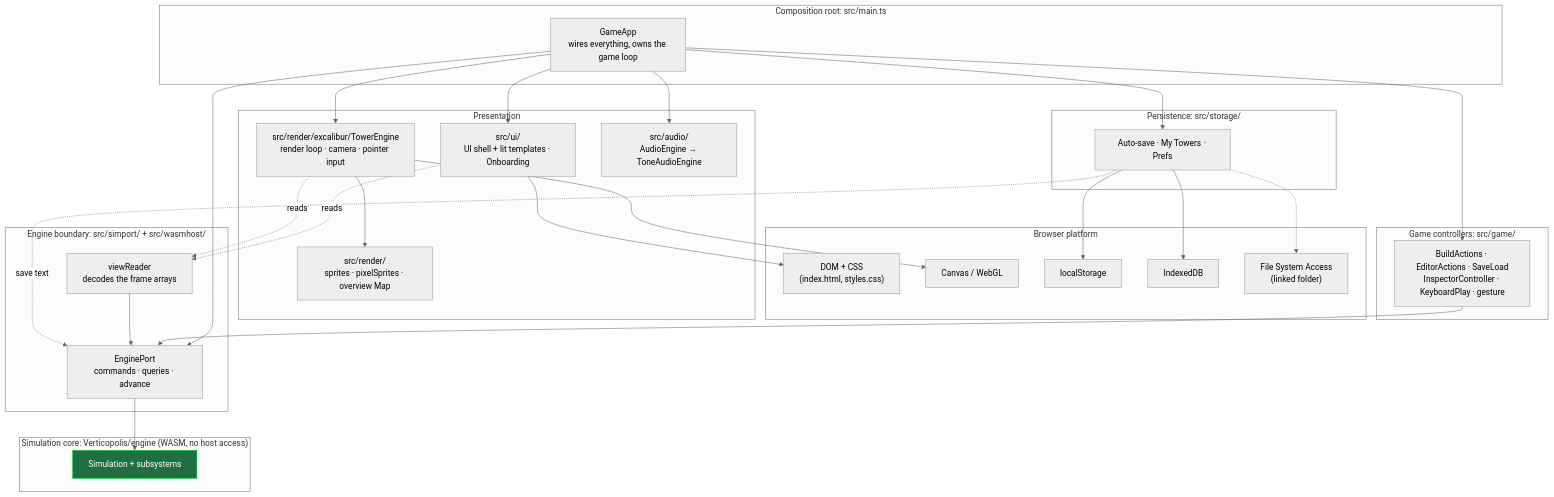
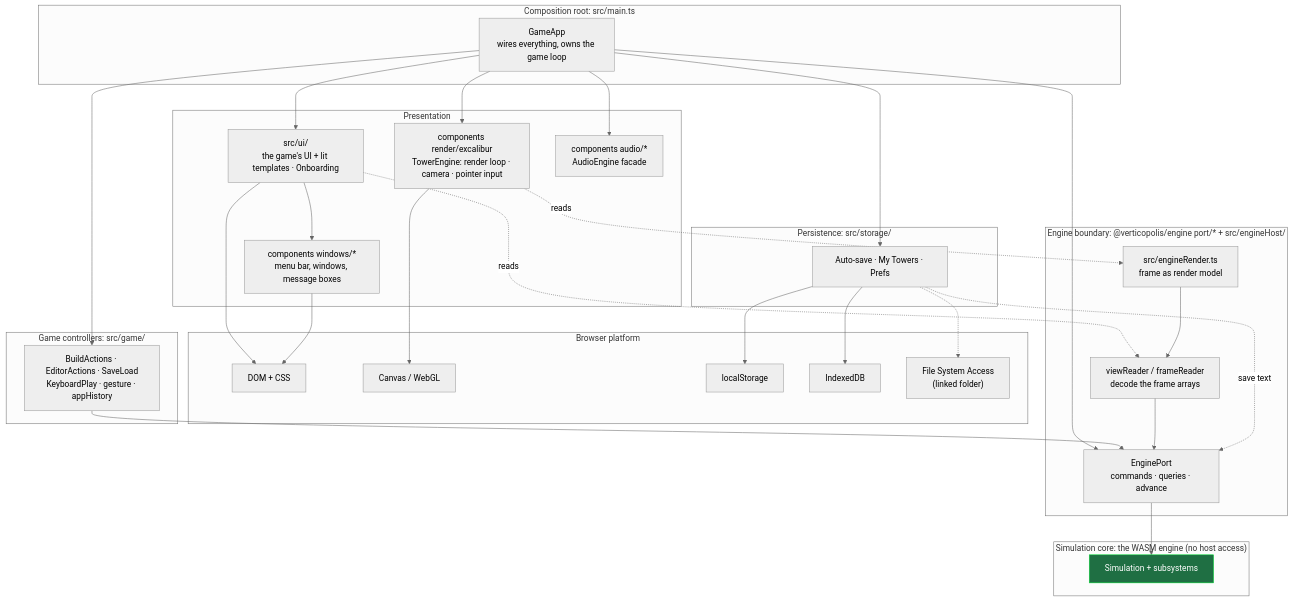
The second of 6 diagrams in ARCHITECTURE.md (maniator/verticopolis), drawn with Mermaid (neutral theme) before and after one commit. The commit also changed other lines of this file and 2 other files, not shown here.

First line of the commit message:
Trim ARCHITECTURE.md to the game and link the other two tours

````diff
--- a/ARCHITECTURE.md
+++ b/ARCHITECTURE.md
@@ -70,62 +102,65 @@
 ```mermaid
 flowchart TD
     subgraph browser["Browser platform"]
-        DOM["DOM + CSS<br/>(index.html, styles.css)"]
+        DOM["DOM + CSS"]
         Canvas["Canvas / WebGL"]
         LS["localStorage"]
         IDB["IndexedDB"]
         FSA["File System Access<br/>(linked folder)"]
     end
 
     subgraph root["Composition root: src/main.ts"]
         GameApp["GameApp<br/>wires everything, owns the game loop"]
     end
 
     subgraph controllers["Game controllers: src/game/"]
-        Ctl["BuildActions · EditorActions · SaveLoad<br/>InspectorController · KeyboardPlay · gesture"]
+        Ctl["BuildActions · EditorActions · SaveLoad<br/>KeyboardPlay · gesture · appHistory"]
     end
 
     subgraph view["Presentation"]
-        UI["src/ui/<br/>UI shell + lit templates · Onboarding"]
-        Render["src/render/<br/>sprites · pixelSprites · overview Map"]
-        Scene["src/render/excalibur/TowerEngine<br/>render loop · camera · pointer input"]
-        Audio["src/audio/<br/>AudioEngine → ToneAudioEngine"]
+        UI["src/ui/<br/>the game's UI + lit templates · Onboarding"]
+        Windows["components windows/*<br/>menu bar, windows, message boxes"]
+        Scene["components render/excalibur<br/>TowerEngine: render loop · camera · pointer input"]
+        Audio["components audio/*<br/>AudioEngine facade"]
     end
 
     subgraph storage["Persistence: src/storage/"]
         Save["Auto-save · My Towers · Prefs"]
     end
 
-    subgraph port["Engine boundary: src/simport/ + src/wasmhost/"]
+    subgraph port["Engine boundary: @verticopolis/engine port/* + src/engineHost/"]
         Port["EnginePort<br/>commands · queries · advance"]
-        Reader["viewReader<br/>decodes the frame arrays"]
+        Reader["viewReader / frameReader<br/>decode the frame arrays"]
+        Join["src/engineRender.ts<br/>frame as render model"]
     end
 
-    subgraph engine["Simulation core: Verticopolis/engine (WASM, no host access)"]
+    subgraph engine["Simulation core: the WASM engine (no host access)"]
         Sim["Simulation + subsystems"]
     end
 
     GameApp --> Ctl
     GameApp --> UI
     GameApp --> Scene
     GameApp --> Audio
     GameApp --> Save
     GameApp --> Port
 
+    UI --> Windows
     Ctl --> Port
     Port --> Sim
     Reader --> Port
     UI -. reads .-> Reader
-    Scene -. reads .-> Reader
-    Scene --> Render
+    Join --> Reader
+    Scene -. reads .-> Join
     Save -. save text .-> Port
 
     Scene --> Canvas
     UI --> DOM
+    Windows --> DOM
     Save --> LS
     Save --> IDB
     Save -.-> FSA
 
     classDef core fill:#1f6f43,stroke:#0d3,color:#fff;
     class Sim core
 ```
````
